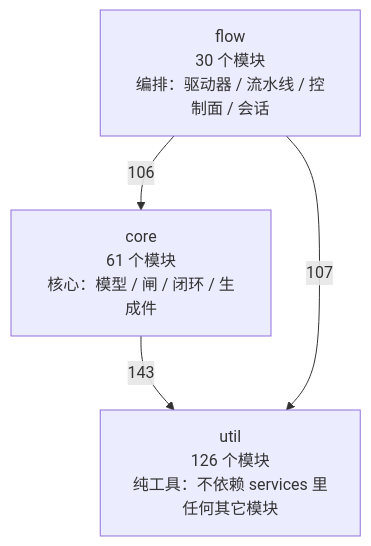
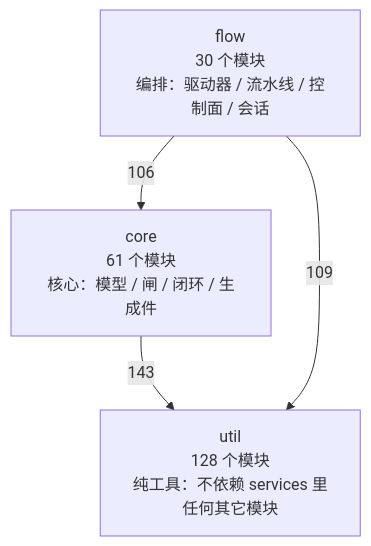
The first of 4 diagrams in docs/SlideRule V6.2 架构图（自动生成）.md (2686521696/WhyBuddy), drawn with Mermaid before and after one commit. The commit also changed other lines of this file and 4 other files, not shown here.

````diff
--- a/docs/SlideRule V6.2 架构图（自动生成）.md
+++ b/docs/SlideRule V6.2 架构图（自动生成）.md
@@ -48,9 +48,9 @@
 ```mermaid
 flowchart TB
-  util["util<br/>126 个模块<br/>纯工具：不依赖 services 里任何其它模块"]
+  util["util<br/>128 个模块<br/>纯工具：不依赖 services 里任何其它模块"]
   core["core<br/>61 个模块<br/>核心：模型 / 闸 / 闭环 / 生成件"]
   flow["flow<br/>30 个模块<br/>编排：驱动器 / 流水线 / 控制面 / 会话"]
   core -->|143| util
   flow -->|106| core
-  flow -->|107| util
+  flow -->|109| util
 ```
````
